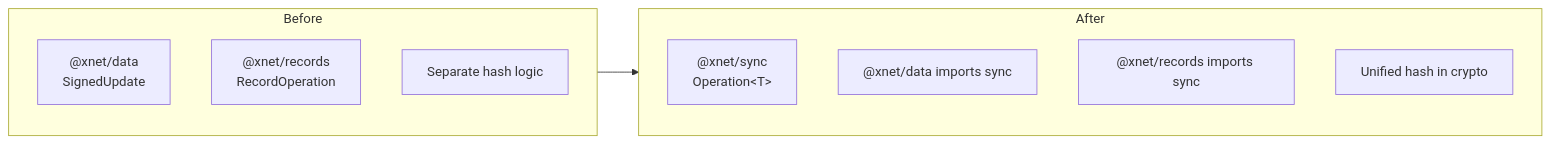
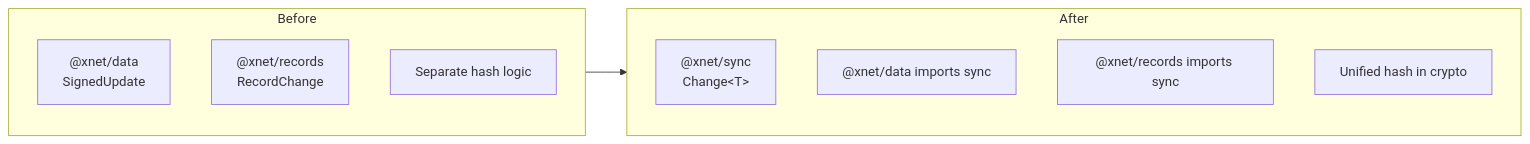
Before and after one commit to crs48/xNet: the second of 2 diagrams in docs/planStep02_1DataModelConsolidation/README.md, drawn with Mermaid. The commit also changed other lines of this file and 5 other files, not shown here.

````diff
--- a/docs/planStep02_1DataModelConsolidation/README.md
+++ b/docs/planStep02_1DataModelConsolidation/README.md
@@ -98,19 +98,19 @@
 ```mermaid
 flowchart LR
     subgraph before["Before"]
         direction TB
         B1["@xnet/data<br/>SignedUpdate"]
-        B2["@xnet/records<br/>RecordOperation"]
+        B2["@xnet/records<br/>RecordChange"]
         B3["Separate hash logic"]
     end
 
     subgraph after["After"]
         direction TB
-        A1["@xnet/sync<br/>Operation&lt;T&gt;"]
+        A1["@xnet/sync<br/>Change&lt;T&gt;"]
         A2["@xnet/data imports sync"]
         A3["@xnet/records imports sync"]
         A4["Unified hash in crypto"]
     end
 
     before --> after
 ```
````
